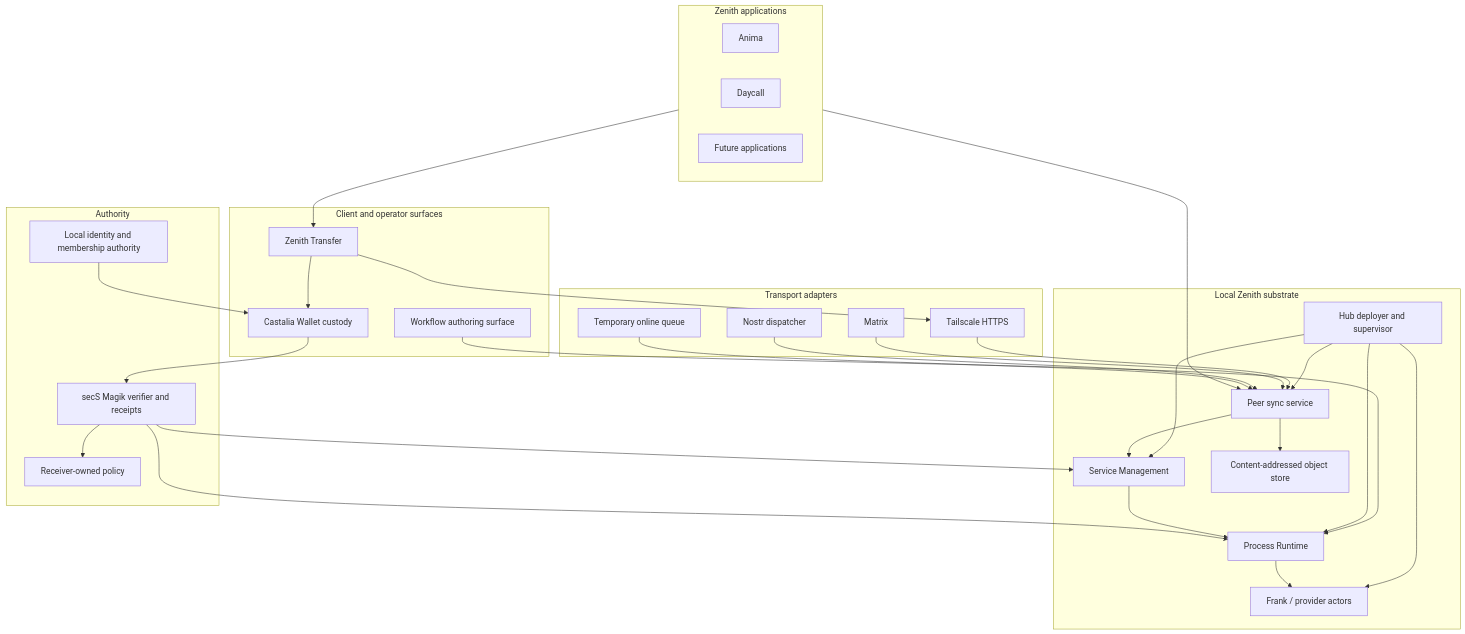
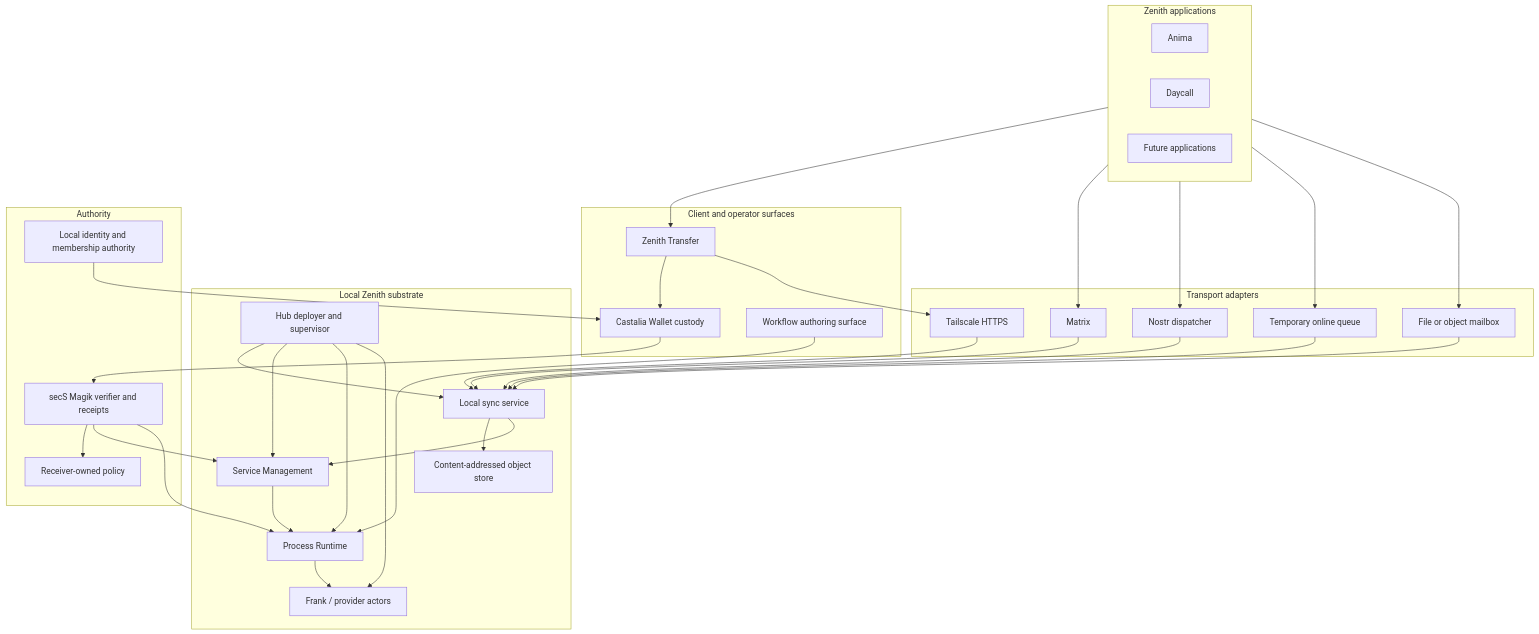
One commit to ZenithResearch/zenith-hub-lightweight changed the first of 2 diagrams in docs/architecture/zenith-application-substrate-v1.md. Above: the diagram before and after it, drawn with Mermaid. The commit also changed other lines of this file and 1 other file, not shown here.

Commit message:
docs: separate peer sync from client adapters

````diff
--- a/docs/architecture/zenith-application-substrate-v1.md
+++ b/docs/architecture/zenith-application-substrate-v1.md
@@ -76,59 +76,64 @@
 ```mermaid
 flowchart TB
     subgraph Apps[Zenith applications]
       Anima[Anima]
       Daycall[Daycall]
       Future[Future applications]
     end
 
     subgraph Client[Client and operator surfaces]
       Transfer[Zenith Transfer]
       Wallet[Castalia Wallet custody]
       Author[Workflow authoring surface]
     end
 
     subgraph Substrate[Local Zenith substrate]
-      Sync[Peer sync service]
+      Sync[Local sync service]
       SM[Service Management]
       Runtime[Process Runtime]
       Frank[Frank / provider actors]
       Objects[Content-addressed object store]
       Hub[Hub deployer and supervisor]
     end
 
     subgraph Trust[Authority]
       SecS[secS Magik verifier and receipts]
       Policy[Receiver-owned policy]
       LocalAuth[Local identity and membership authority]
     end
 
     subgraph Transport[Transport adapters]
       Tail[Tailscale HTTPS]
       Matrix[Matrix]
       Nostr[Nostr dispatcher]
       Queue[Temporary online queue]
+      Mailbox[File or object mailbox]
     end
 
     Apps --> Transfer
-    Apps --> Sync
+    Apps --> Matrix
+    Apps --> Nostr
+    Apps --> Queue
+    Apps --> Mailbox
     Author --> Runtime
     Transfer --> Wallet
     Transfer --> Tail
     Hub --> Sync
     Hub --> SM
     Hub --> Runtime
     Hub --> Frank
     Tail --> Sync
     Matrix --> Sync
     Nostr --> Sync
     Queue --> Sync
+    Mailbox --> Sync
     Sync --> Objects
     Sync --> SM
     SM --> Runtime
     Runtime --> Frank
     Wallet --> SecS
     SecS --> Policy
     SecS --> SM
     SecS --> Runtime
     LocalAuth --> Wallet
 ```
````
